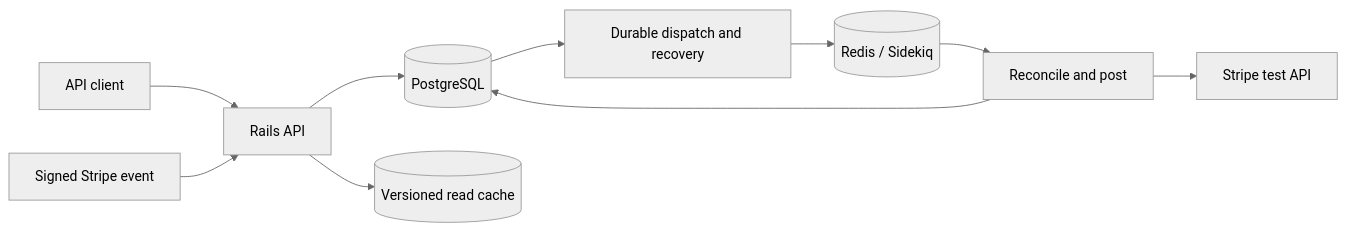
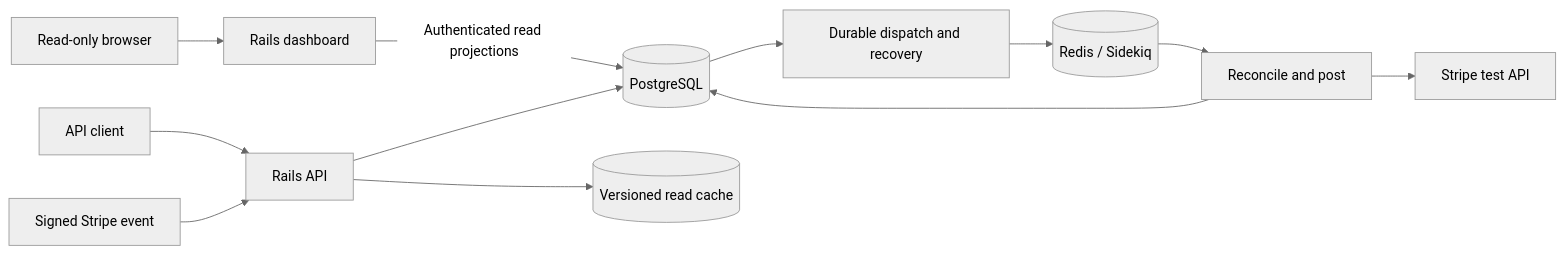
The diagram in README.md (amovingman/Ledgerly), drawn with Mermaid (neutral theme) before and after one commit. The commit also changed other lines of this file and 8 other files, not shown here.

````diff
--- a/README.md
+++ b/README.md
@@ -9,12 +9,14 @@
 ```mermaid
 flowchart LR
   Client[API client] --> API[Rails API]
+  Viewer[Read-only browser] --> Dashboard[Rails dashboard]
+  Dashboard -->|Authenticated read projections| DB
   Stripe[Signed Stripe event] --> API
   API --> DB[(PostgreSQL)]
   DB --> Outbox[Durable dispatch and recovery]
   Outbox --> Redis[(Redis / Sidekiq)]
   Redis --> Worker[Reconcile and post]
   Worker --> DB
   Worker --> Provider[Stripe test API]
   API --> Cache[(Versioned read cache)]
 ```
````
